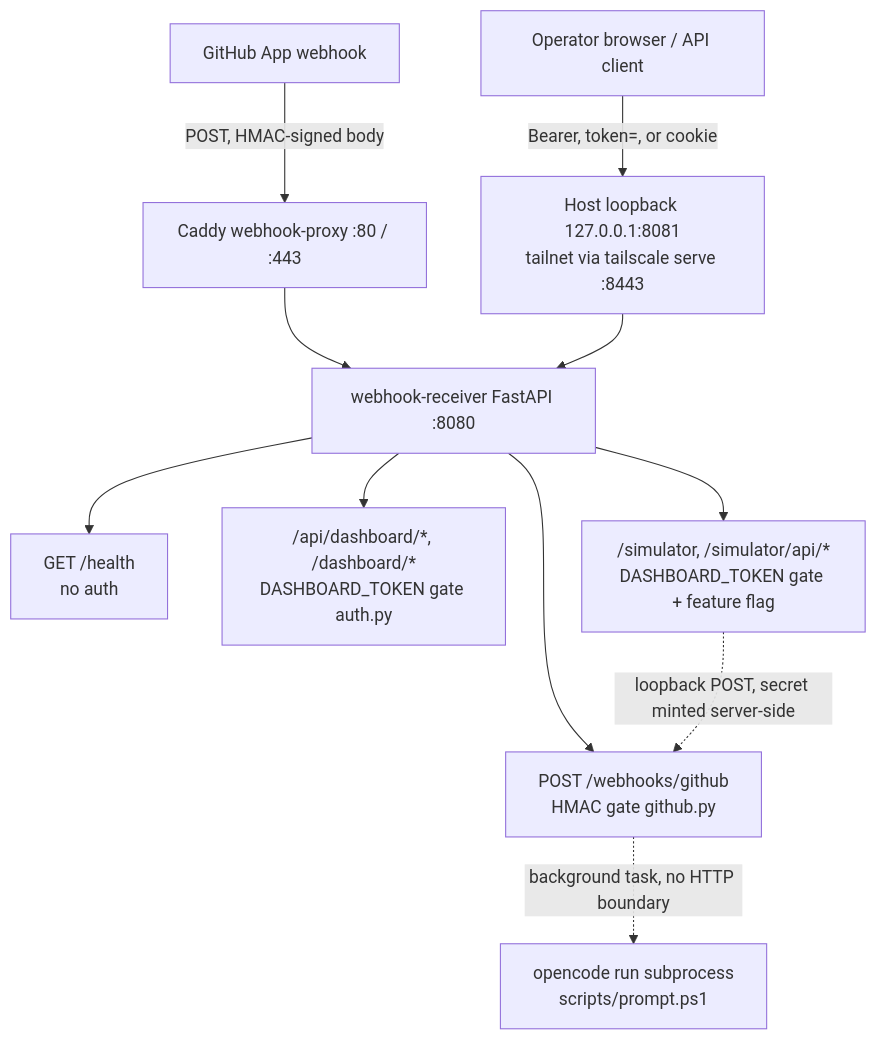
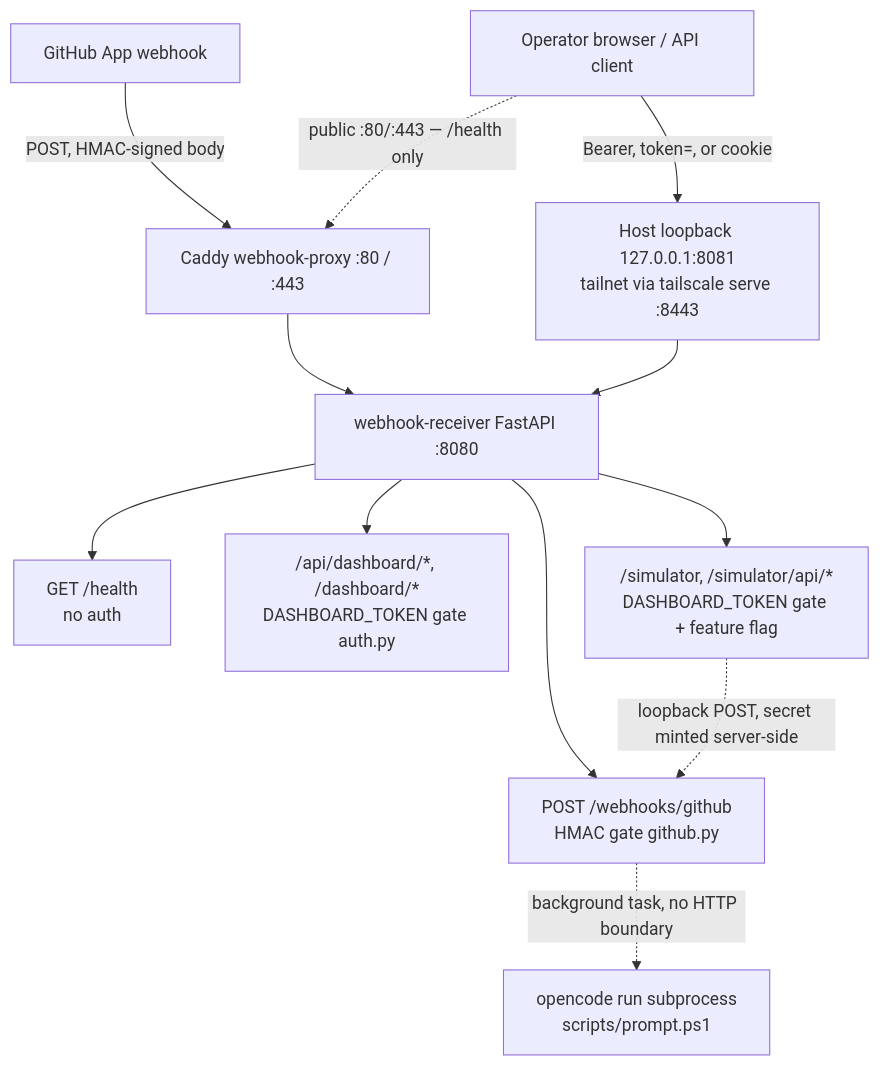
One commit to nam20485/orchestrator-service changed the diagram in droid-wiki/api/index.md. Above: the diagram before and after it, drawn with Mermaid. The commit also changed 5 other files, not shown here.

````diff
--- a/droid-wiki/api/index.md
+++ b/droid-wiki/api/index.md
@@ -9,24 +9,25 @@
 ```mermaid
 graph TB
     GH[GitHub App webhook]
     Browser[Operator browser / API client]
     Edge[Caddy webhook-proxy :80 / :443]
     Loop["Host loopback 127.0.0.1:8081<br/>tailnet via tailscale serve :8443"]
     R[webhook-receiver FastAPI :8080]
     Health["GET /health<br/>no auth"]
     Hook["POST /webhooks/github<br/>HMAC gate github.py"]
     Dash["/api/dashboard/*, /dashboard/*<br/>DASHBOARD_TOKEN gate auth.py"]
     Sim["/simulator, /simulator/api/*<br/>DASHBOARD_TOKEN gate + feature flag"]
     Agent["opencode run subprocess<br/>scripts/prompt.ps1"]
 
     GH -->|POST, HMAC-signed body| Edge
     Browser -->|Bearer, token=, or cookie| Loop
+    Browser -.->|public :80/:443 — /health only| Edge
     Edge --> R
     Loop --> R
     R --> Health
     R --> Hook
     R --> Dash
     R --> Sim
     Hook -.->|background task, no HTTP boundary| Agent
     Sim -.->|loopback POST, secret minted server-side| Hook
 ```
````
